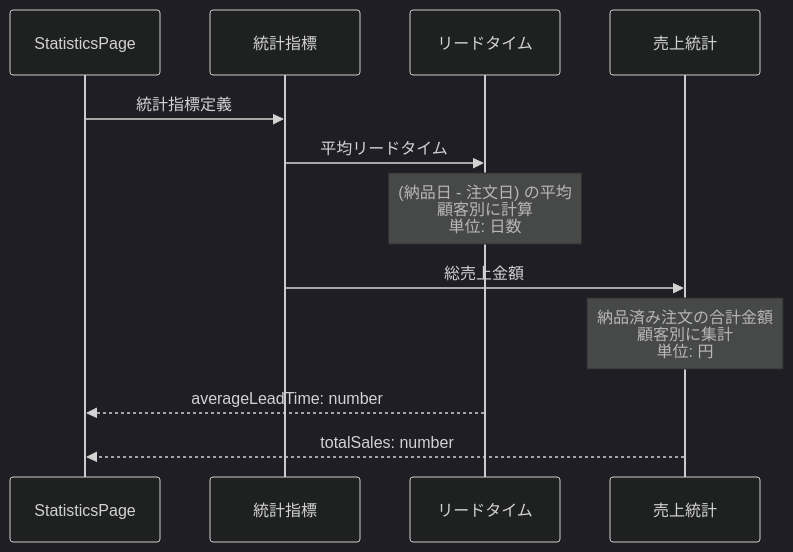
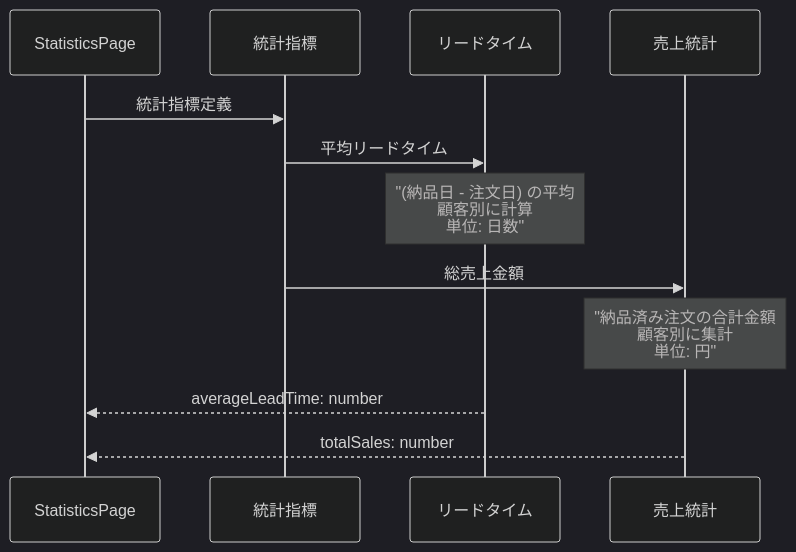
The tenth of 11 diagrams in document/pages/sequence/Statistics.md (wasabi49/ocs-systemDevelopmentExercises), drawn with Mermaid (dark theme) before and after one commit. The commit also changed other lines of this file and 42 other files, not shown here.

First line of the commit message:
fix: mermaidシーケンス図のNote over文でダブルクォーテーション不足を修正

````diff
--- a/document/pages/sequence/Statistics.md
+++ b/document/pages/sequence/Statistics.md
@@ -214,18 +214,18 @@
 ```mermaid
 sequenceDiagram
     participant Page as StatisticsPage
     participant Metrics as 統計指標
     participant LeadTime as リードタイム
     participant Sales as 売上統計
 
     Page->>Metrics: 統計指標定義
     
     Metrics->>LeadTime: 平均リードタイム
-    Note over LeadTime: (納品日 - 注文日) の平均<br/>顧客別に計算<br/>単位: 日数
+    Note over LeadTime: "(納品日 - 注文日) の平均<br/>顧客別に計算<br/>単位: 日数"
     
     Metrics->>Sales: 総売上金額
-    Note over Sales: 納品済み注文の合計金額<br/>顧客別に集計<br/>単位: 円
+    Note over Sales: "納品済み注文の合計金額<br/>顧客別に集計<br/>単位: 円"
     
     LeadTime-->>Page: averageLeadTime: number
     Sales-->>Page: totalSales: number
 ```
````
